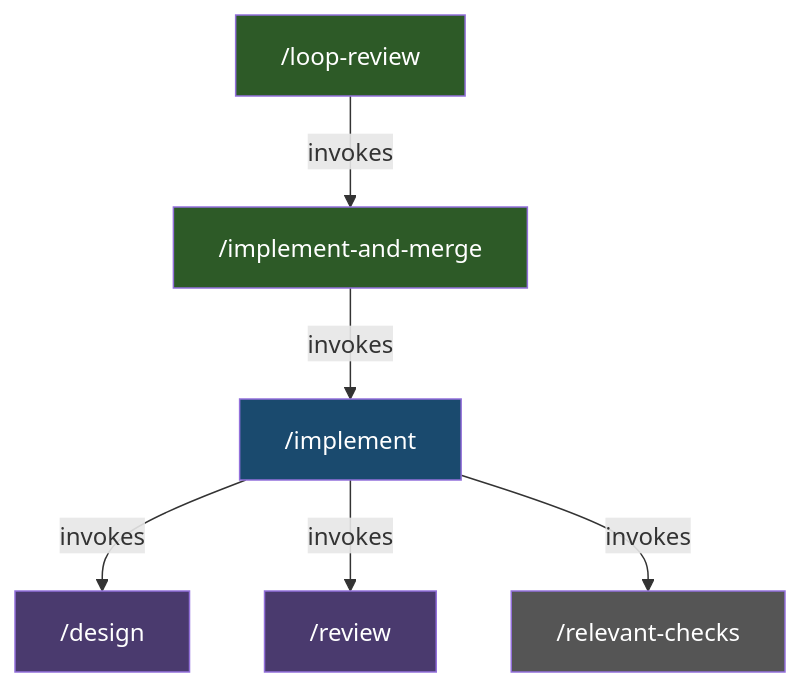
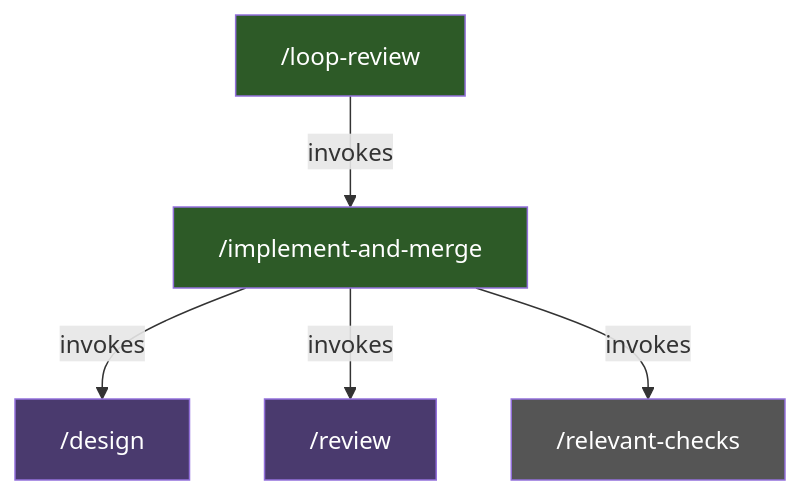
The first of 2 diagrams in docs/workflow-lifecycle.md (zhupanov/larch), drawn with Mermaid before and after one commit. The commit also changed other lines of this file and 16 other files, not shown here.

First line of the commit message:
Consolidate /implement and /implement-and-merge: Phase 2 (delete /implement) (#24)

````diff
--- a/docs/workflow-lifecycle.md
+++ b/docs/workflow-lifecycle.md
@@ -9,15 +9,13 @@
 ```mermaid
 graph TD
-    IMPL_MERGE["/implement-and-merge"] -->|invokes| IMPLEMENT["/implement"]
-    IMPLEMENT -->|invokes| DESIGN["/design"]
-    IMPLEMENT -->|invokes| REVIEW["/review"]
-    IMPLEMENT -->|invokes| CHECKS["/relevant-checks"]
+    IMPL_MERGE["/implement-and-merge"] -->|invokes| DESIGN["/design"]
+    IMPL_MERGE -->|invokes| REVIEW["/review"]
+    IMPL_MERGE -->|invokes| CHECKS["/relevant-checks"]
     LOOP["/loop-review"] -->|invokes| IMPL_MERGE
 
     style IMPL_MERGE fill:#2d5a27,color:#fff
     style LOOP fill:#2d5a27,color:#fff
-    style IMPLEMENT fill:#1a4a6e,color:#fff
     style DESIGN fill:#4a3a6e,color:#fff
     style REVIEW fill:#4a3a6e,color:#fff
     style CHECKS fill:#555,color:#fff
 ```
````
